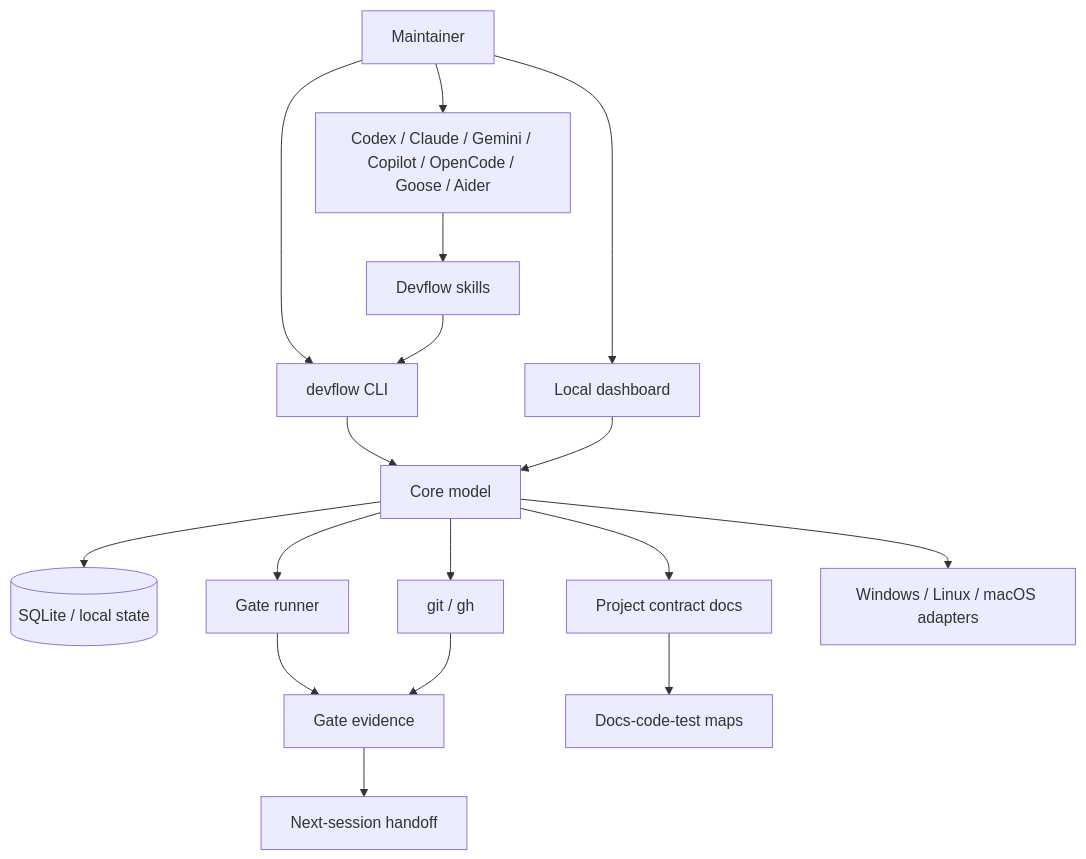
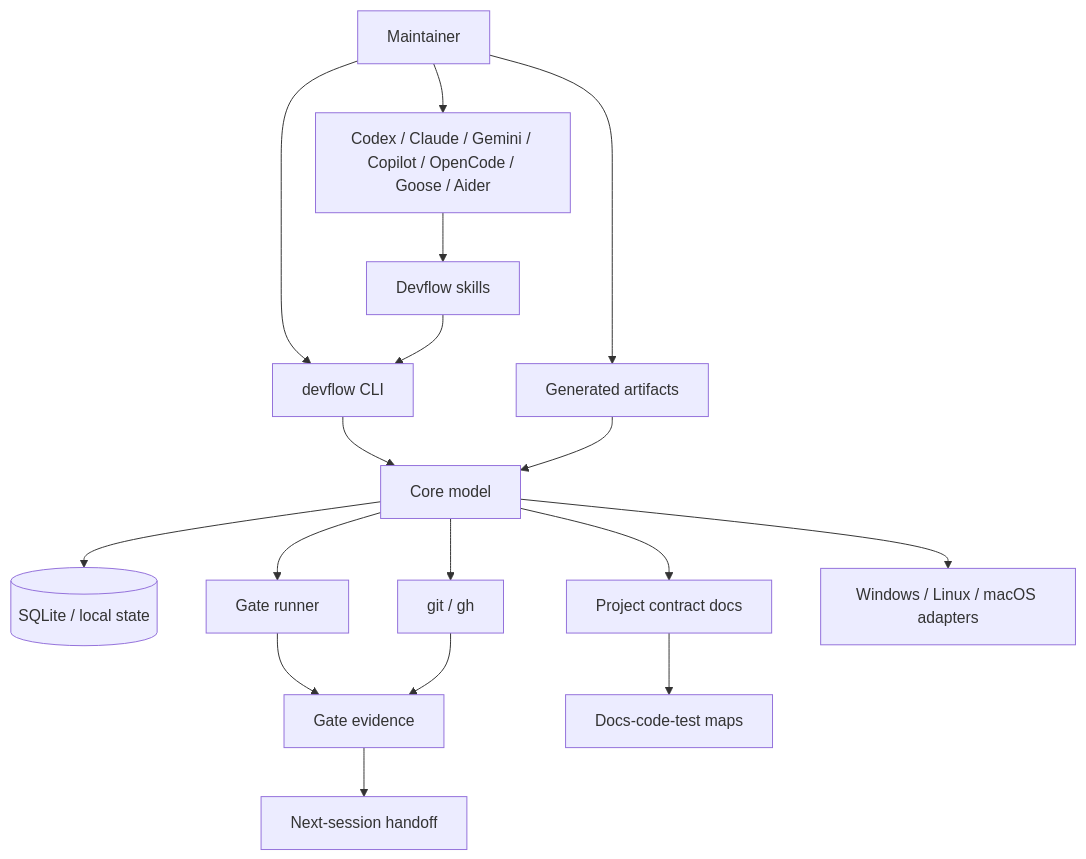
The diagram in docs/architecture/maps/system-map.md (Sungblab/devflow-native), drawn with Mermaid before and after one commit. The commit also changed other lines of this file and 22 other files, not shown here.

````diff
--- a/docs/architecture/maps/system-map.md
+++ b/docs/architecture/maps/system-map.md
@@ -3,22 +3,22 @@
 ```mermaid
 flowchart TD
   User[Maintainer] --> CLI[devflow CLI]
-  User --> Dashboard[Local dashboard]
+  User --> Artifacts[Generated artifacts]
   User --> Agent[Codex / Claude / Gemini / Copilot / OpenCode / Goose / Aider]
 
   CLI --> Core[Core model]
-  Dashboard --> Core
+  Artifacts --> Core
   Agent --> Skills[Devflow skills]
   Skills --> CLI
 
   Core --> Store[(SQLite / local state)]
   Core --> Git[git / gh]
   Core --> Gates[Gate runner]
   Core --> Docs[Project contract docs]
   Core --> Platform[Windows / Linux / macOS adapters]
 
   Gates --> Evidence[Gate evidence]
   Git --> Evidence
   Docs --> Maps[Docs-code-test maps]
   Evidence --> Handoff[Next-session handoff]
 ```
````
